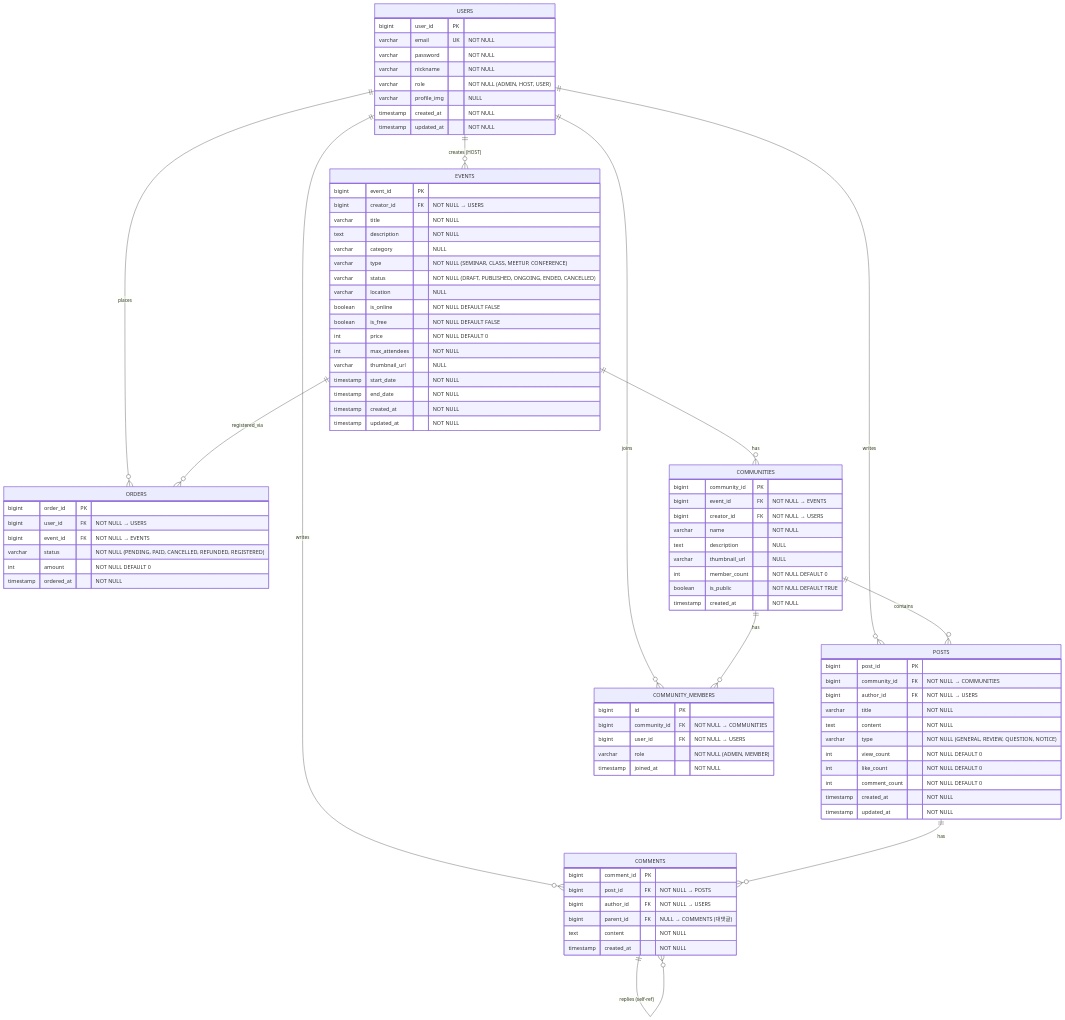
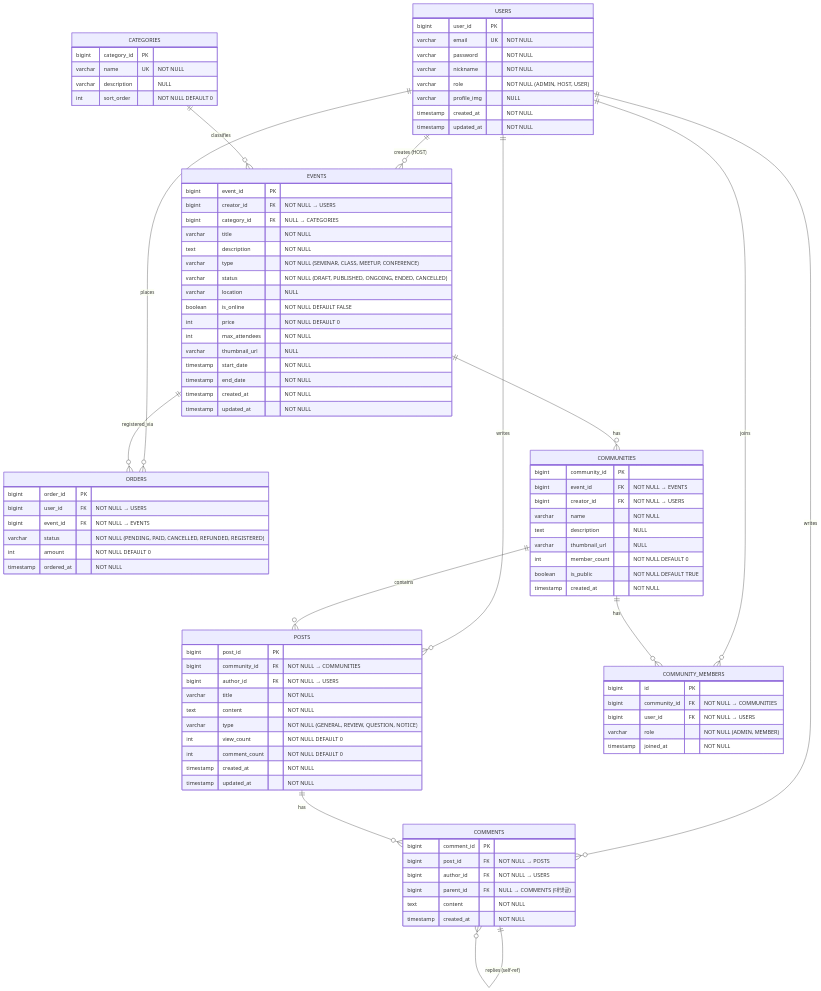
Before and after one commit to newlecture-ibm2/team3-jangane-venueon: the first of 3 diagrams in docs/ERD_설계서_v2.md, drawn with Mermaid. The commit also changed other lines of this file and 49 other files, not shown here.

```diff
--- a/docs/ERD_설계서_v2.md
+++ b/docs/ERD_설계서_v2.md
@@ -22,6 +22,7 @@
     USERS ||--o{ COMMENTS : "writes"
     USERS ||--o{ COMMUNITY_MEMBERS : "joins"
 
+    CATEGORIES ||--o{ EVENTS : "classifies"
     EVENTS ||--o{ ORDERS : "registered_via"
     EVENTS ||--o{ COMMUNITIES : "has"
 
@@ -42,17 +43,23 @@
         timestamp updated_at "NOT NULL"
     }
 
+    CATEGORIES {
+        bigint category_id PK
+        varchar name UK "NOT NULL"
+        varchar description "NULL"
+        int sort_order "NOT NULL DEFAULT 0"
+    }
+
     EVENTS {
         bigint event_id PK
         bigint creator_id FK "NOT NULL → USERS"
+        bigint category_id FK "NULL → CATEGORIES"
         varchar title "NOT NULL"
         text description "NOT NULL"
-        varchar category "NULL"
         varchar type "NOT NULL (SEMINAR, CLASS, MEETUP, CONFERENCE)"
         varchar status "NOT NULL (DRAFT, PUBLISHED, ONGOING, ENDED, CANCELLED)"
         varchar location "NULL"
         boolean is_online "NOT NULL DEFAULT FALSE"
-        boolean is_free "NOT NULL DEFAULT FALSE"
         int price "NOT NULL DEFAULT 0"
         int max_attendees "NOT NULL"
         varchar thumbnail_url "NULL"
@@ -99,7 +106,6 @@
         text content "NOT NULL"
         varchar type "NOT NULL (GENERAL, REVIEW, QUESTION, NOTICE)"
         int view_count "NOT NULL DEFAULT 0"
-        int like_count "NOT NULL DEFAULT 0"
         int comment_count "NOT NULL DEFAULT 0"
         timestamp created_at "NOT NULL"
         timestamp updated_at "NOT NULL"
```
